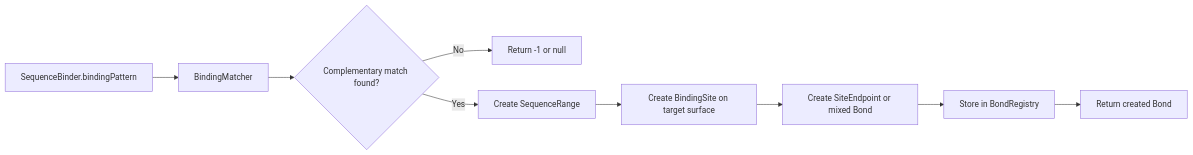
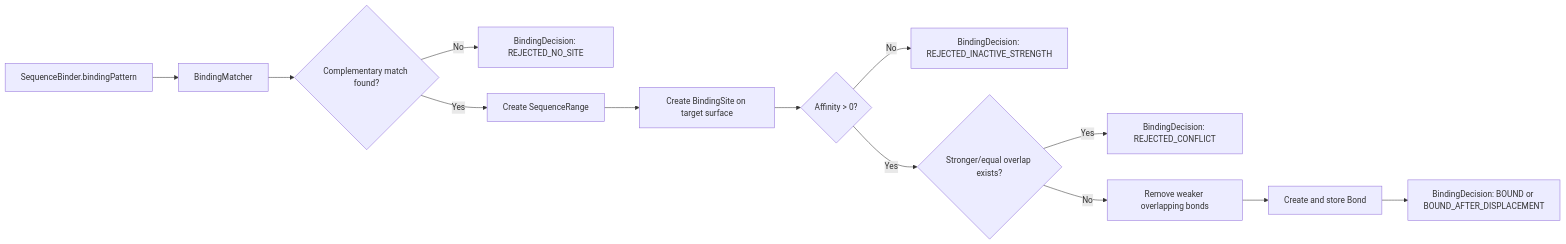
One commit to skasti/life-sim changed the second of 2 diagrams in docs/biology/interactions/bonds.md. Above: the diagram before and after it, drawn with Mermaid. The commit also changed other lines of this file, not shown here.

Commit message:
Update bonds docs for BindingDecision tryBind API

````diff
--- a/docs/biology/interactions/bonds.md
+++ b/docs/biology/interactions/bonds.md
@@ -214,11 +214,15 @@
 ```mermaid
 flowchart LR
     A[SequenceBinder.bindingPattern] --> B[BindingMatcher]
     B --> C{Complementary match found?}
-    C -- No --> D[Return -1 or null]
+    C -- No --> D[BindingDecision: REJECTED_NO_SITE]
     C -- Yes --> E[Create SequenceRange]
     E --> F[Create BindingSite on target surface]
-    F --> G[Create SiteEndpoint or mixed Bond]
-    G --> H[Store in BondRegistry]
-    H --> I[Return created Bond]
+    F --> G{Affinity > 0?}
+    G -- No --> H[BindingDecision: REJECTED_INACTIVE_STRENGTH]
+    G -- Yes --> I{Stronger/equal overlap exists?}
+    I -- Yes --> J[BindingDecision: REJECTED_CONFLICT]
+    I -- No --> K[Remove weaker overlapping bonds]
+    K --> L[Create and store Bond]
+    L --> M[BindingDecision: BOUND or BOUND_AFTER_DISPLACEMENT]
 ```
````
